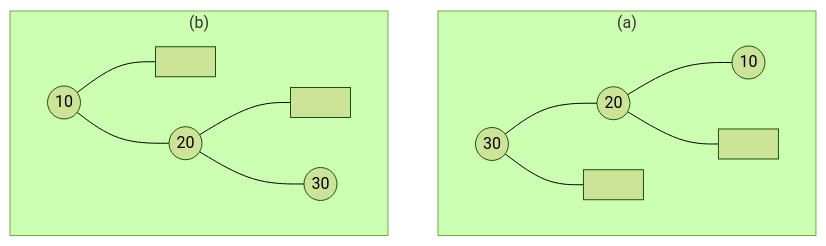
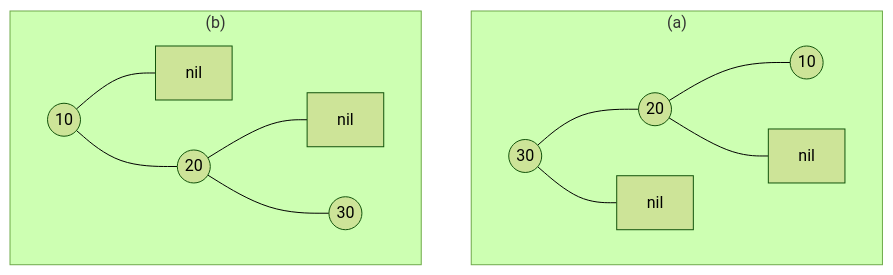
One commit to dongzhaohe321418-lab/programming-handbook changed the first of 3 diagrams in docs/ch35-balanced-trees/exercises.md. Above: the diagram before and after it, drawn with Mermaid (forest theme). The commit also changed other lines of this file and 19 other files, not shown here.

First line of the commit message:
Add Chapter 27 (inference infrastructure), 37 (graphs), 38 (linear-time sorting)

````diff
--- a/docs/ch35-balanced-trees/exercises.md
+++ b/docs/ch35-balanced-trees/exercises.md
@@ -15,15 +15,15 @@
 ```mermaid
 flowchart TD
     subgraph A["(a)"]
         a1((30)) --- a2((20))
-        a1 --- an1[" "]
+        a1 --- an1["nil"]
         a2 --- a3((10))
-        a2 --- an2[" "]
+        a2 --- an2["nil"]
     end
     subgraph B["(b)"]
-        b1((10)) --- bn1[" "]
+        b1((10)) --- bn1["nil"]
         b1 --- b2((20))
-        b2 --- bn2[" "]
+        b2 --- bn2["nil"]
         b2 --- b3((30))
     end
 ```
````
